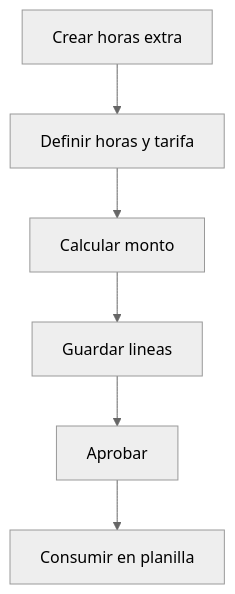
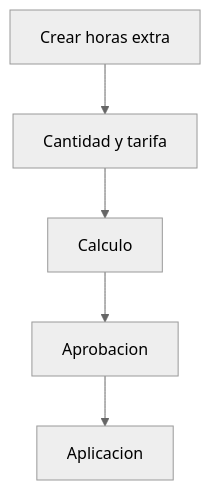
The diagram in docs/09-acciones-personal/ACCION-HORAS-EXTRA.md (Robertoart13/NewKipital), drawn with Mermaid (neutral theme) before and after one commit. The commit also changed other lines of this file and 119 other files, not shown here.

````diff
--- a/docs/09-acciones-personal/ACCION-HORAS-EXTRA.md
+++ b/docs/09-acciones-personal/ACCION-HORAS-EXTRA.md
@@ -4,8 +10,7 @@
 ```mermaid
 flowchart TD
-  A[Crear horas extra] --> B[Definir horas y tarifa]
-  B --> C[Calcular monto]
-  C --> D[Guardar lineas]
-  D --> E[Aprobar]
-  E --> F[Consumir en planilla]
+  A[Crear horas extra] --> B[Cantidad y tarifa]
+  B --> C[Calculo]
+  C --> D[Aprobacion]
+  D --> E[Aplicacion]
 ```
````
